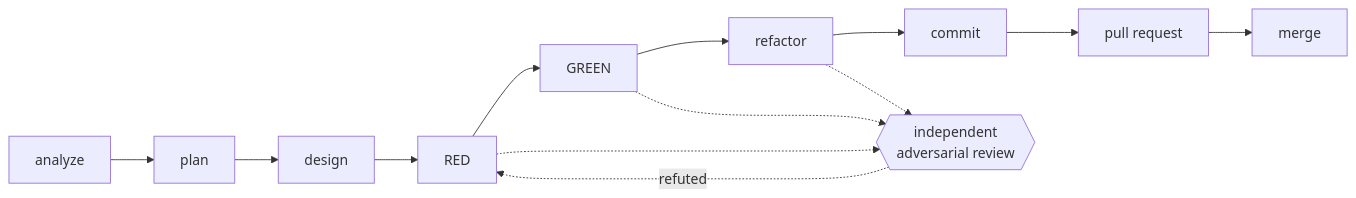
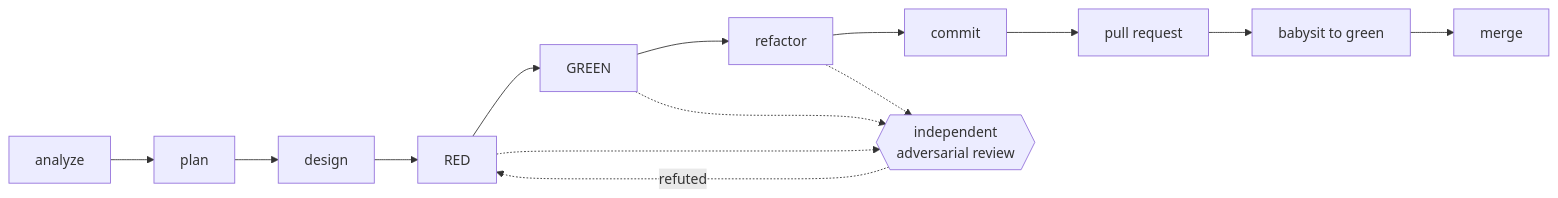
The third of 3 diagrams in .agents/skills/README.md (ShaftHQ/SHAFT_ENGINE), drawn with Mermaid before and after one commit. The commit also changed other lines of this file and 8 other files, not shown here.

````diff
--- a/.agents/skills/README.md
+++ b/.agents/skills/README.md
@@ -76,8 +76,8 @@
 ```mermaid
 flowchart LR
-    AN[analyze] --> PL[plan] --> DE[design] --> RD[RED] --> GR[GREEN] --> RF[refactor] --> CM[commit] --> PR[pull request] --> MG[merge]
+    AN[analyze] --> PL[plan] --> DE[design] --> RD[RED] --> GR[GREEN] --> RF[refactor] --> CM[commit] --> PR[pull request] --> BG[babysit to green] --> MG[merge]
     RD -.-> RV{{independent<br/>adversarial review}}
     GR -.-> RV
     RF -.-> RV
     RV -.->|refuted| RD
 ```
````
